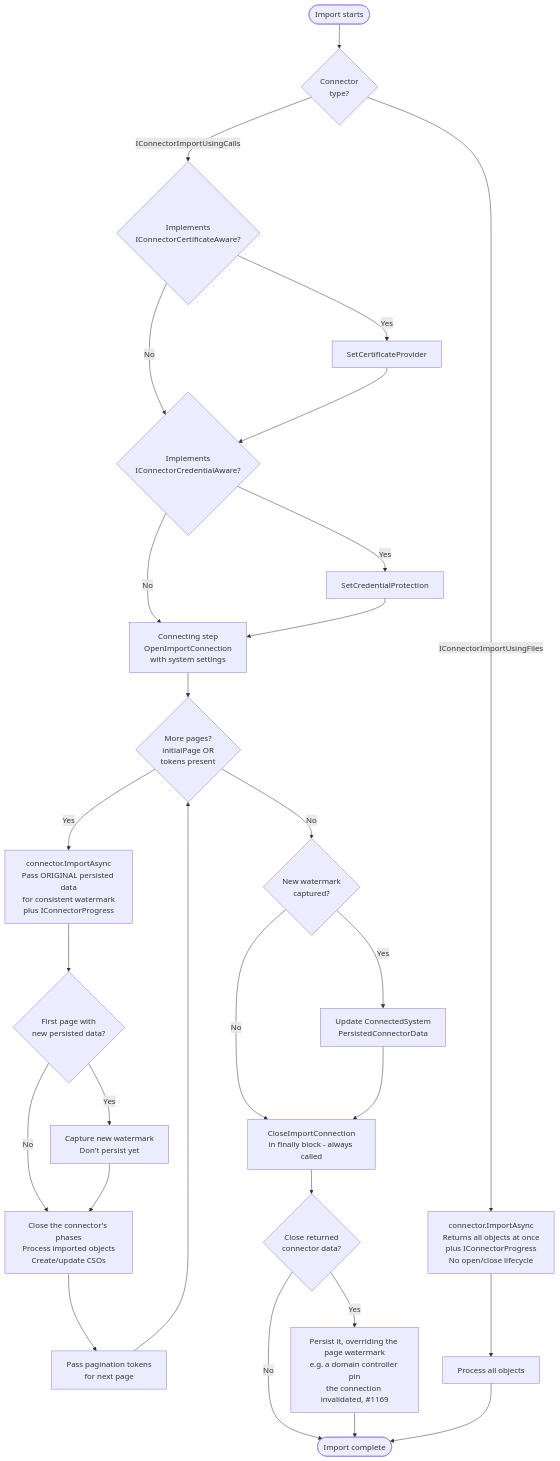
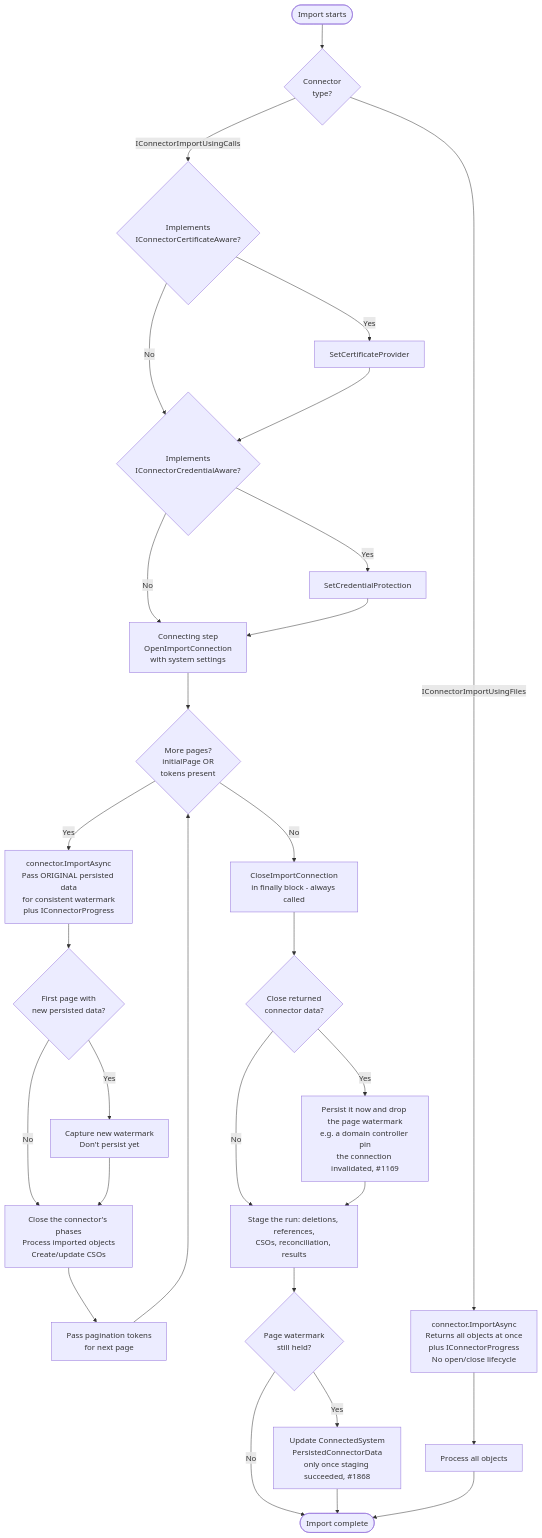
Before and after one commit to TetronIO/JIM: the third of 7 diagrams in docs/developer/diagrams/CONNECTOR_LIFECYCLE.md, drawn with Mermaid. The commit also changed other lines of this file and 8 other files, not shown here.

````diff
--- a/docs/developer/diagrams/CONNECTOR_LIFECYCLE.md
+++ b/docs/developer/diagrams/CONNECTOR_LIFECYCLE.md
@@ -63,36 +63,37 @@
 ```mermaid
 flowchart TD
     Start([Import starts]) --> CheckType{Connector<br/>type?}
 
     %% --- Call-based connector ---
     CheckType -->|IConnectorImportUsingCalls| InjectCert{Implements<br/>IConnectorCertificateAware?}
     InjectCert -->|Yes| SetCert[SetCertificateProvider]
     InjectCert -->|No| InjectCred
     SetCert --> InjectCred{Implements<br/>IConnectorCredentialAware?}
     InjectCred -->|Yes| SetCred[SetCredentialProtection]
     InjectCred -->|No| Open
     SetCred --> Open[Connecting step<br/>OpenImportConnection<br/>with system settings]
 
     Open --> PageLoop{More pages?<br/>initialPage OR<br/>tokens present}
     PageLoop -->|Yes| CallImport[connector.ImportAsync<br/>Pass ORIGINAL persisted data<br/>for consistent watermark<br/>plus IConnectorProgress]
     CallImport --> CaptureWatermark{First page with<br/>new persisted data?}
     CaptureWatermark -->|Yes| SaveNewWatermark[Capture new watermark<br/>Don't persist yet]
     CaptureWatermark -->|No| ProcessPage
     SaveNewWatermark --> ProcessPage[Close the connector's phases<br/>Process imported objects<br/>Create/update CSOs]
     ProcessPage --> NextPage[Pass pagination tokens<br/>for next page]
     NextPage --> PageLoop
 
-    PageLoop -->|No| PersistWM{New watermark<br/>captured?}
-    PersistWM -->|Yes| UpdateCS[Update ConnectedSystem<br/>PersistedConnectorData]
-    PersistWM -->|No| Close
-    UpdateCS --> Close[CloseImportConnection<br/>in finally block - always called]
+    PageLoop -->|No| Close[CloseImportConnection<br/>in finally block - always called]
     Close --> CloseData{Close returned<br/>connector data?}
-    CloseData -->|Yes| PersistClose[Persist it, overriding the page watermark<br/>e.g. a domain controller pin<br/>the connection invalidated, #1169]
-    CloseData -->|No| Done([Import complete])
-    PersistClose --> Done
+    CloseData -->|Yes| PersistClose[Persist it now and drop the page watermark<br/>e.g. a domain controller pin<br/>the connection invalidated, #1169]
+    CloseData -->|No| Stage[Stage the run: deletions, references,<br/>CSOs, reconciliation, results]
+    PersistClose --> Stage
+    Stage --> PersistWM{Page watermark<br/>still held?}
+    PersistWM -->|Yes| UpdateCS[Update ConnectedSystem<br/>PersistedConnectorData<br/>only once staging succeeded, #1868]
+    PersistWM -->|No| Done([Import complete])
+    UpdateCS --> Done
 
     %% --- File-based connector ---
     CheckType -->|IConnectorImportUsingFiles| FileImport[connector.ImportAsync<br/>Returns all objects at once<br/>plus IConnectorProgress<br/>No open/close lifecycle]
     FileImport --> FileProcess[Process all objects]
     FileProcess --> Done
 ```
````
